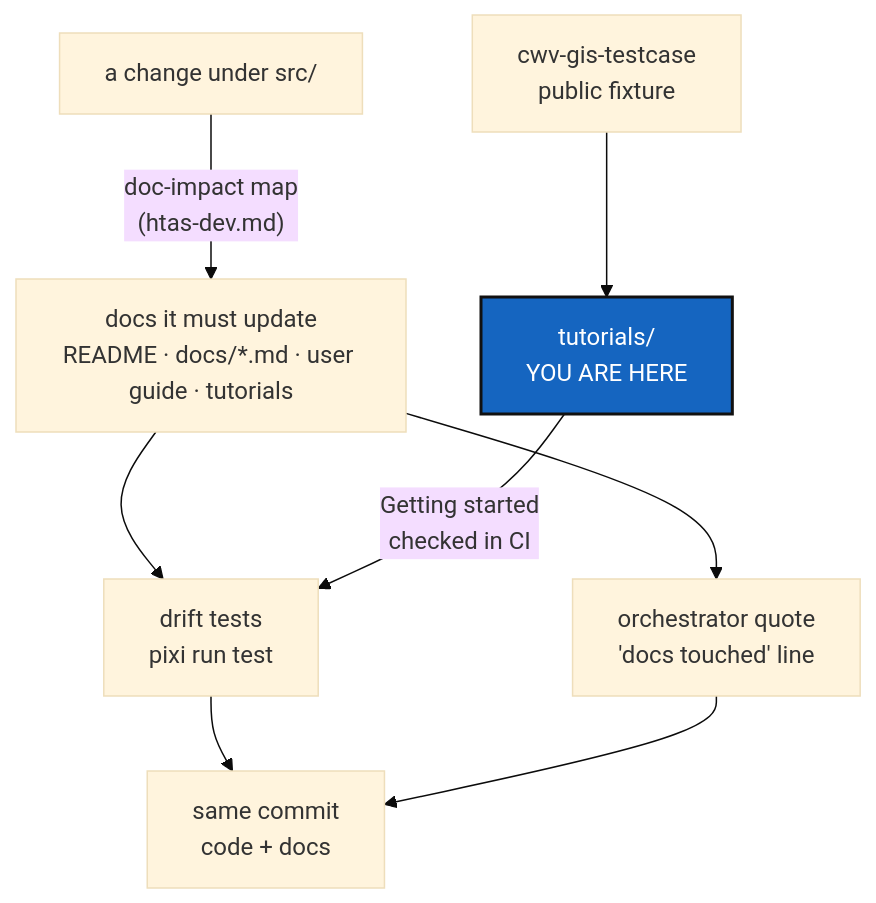
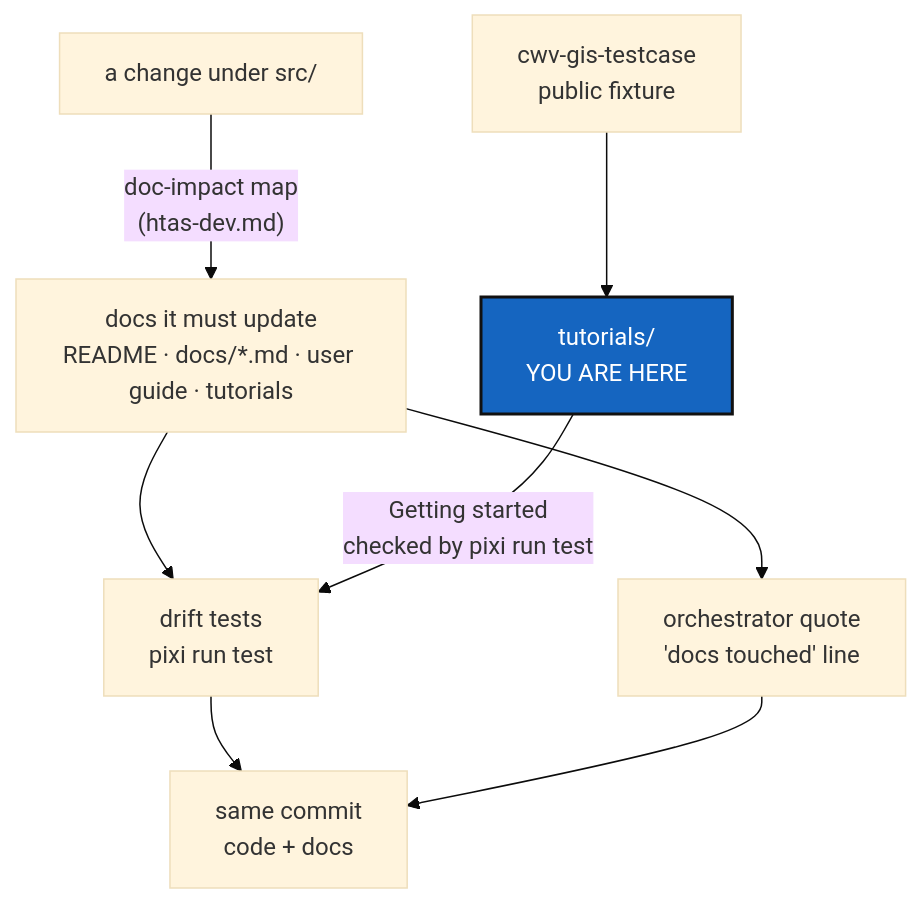
One commit to flipoyo/.dev changed the diagram in DevTickets/openTickets/HT-BETA_1-2_DocsOnTheFly_DevPlanTicket.md. Above: the diagram before and after it, drawn with Mermaid (base theme). The commit also changed other lines of this file and 3 other files, not shown here.

````diff
--- a/DevTickets/openTickets/HT-BETA_1-2_DocsOnTheFly_DevPlanTicket.md
+++ b/DevTickets/openTickets/HT-BETA_1-2_DocsOnTheFly_DevPlanTicket.md
@@ -30,13 +30,13 @@
 ```mermaid
 graph TD
     CH["a change under src/"] -->|"doc-impact map<br/>(htas-dev.md)"| DOCS["docs it must update<br/>README · docs/*.md · user guide · tutorials"]
     DOCS --> T["drift tests<br/>pixi run test"]
     DOCS --> Q["orchestrator quote<br/>'docs touched' line"]
     T --> OK["same commit<br/>code + docs"]
     Q --> OK
-    TUT["tutorials/<br/>YOU ARE HERE"] -->|"Getting started<br/>checked in CI"| T
+    TUT["tutorials/<br/>YOU ARE HERE"] -->|"Getting started<br/>checked by pixi run test"| T
     FIX["cwv-gis-testcase<br/>public fixture"] --> TUT
 
     classDef here fill:#1565C0,color:#fff,stroke:#111,stroke-width:2px;
     class TUT here;
 ```
````
